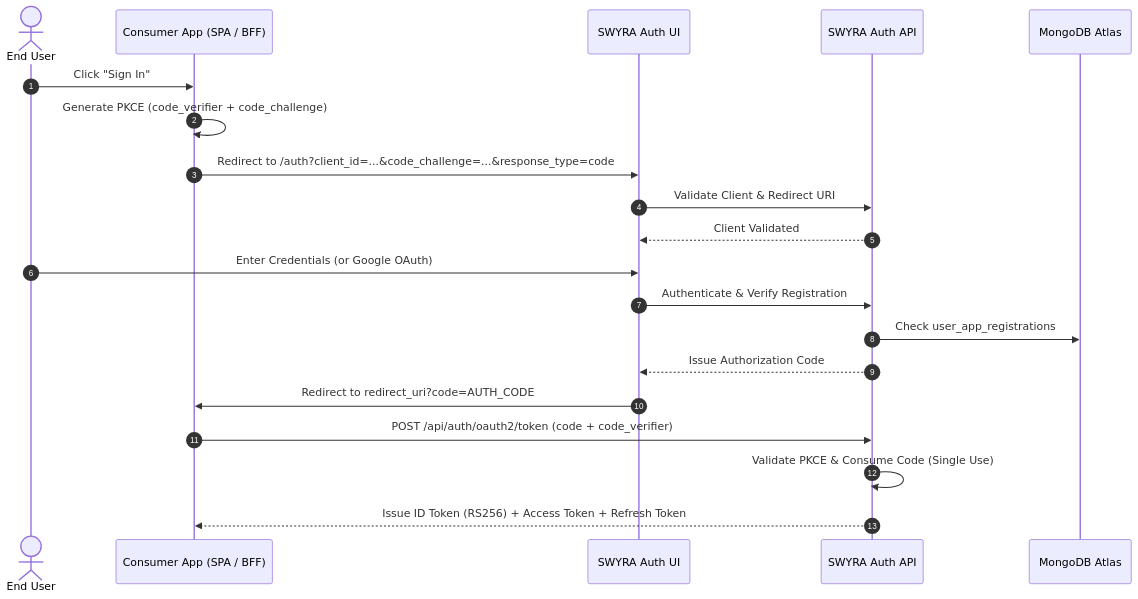
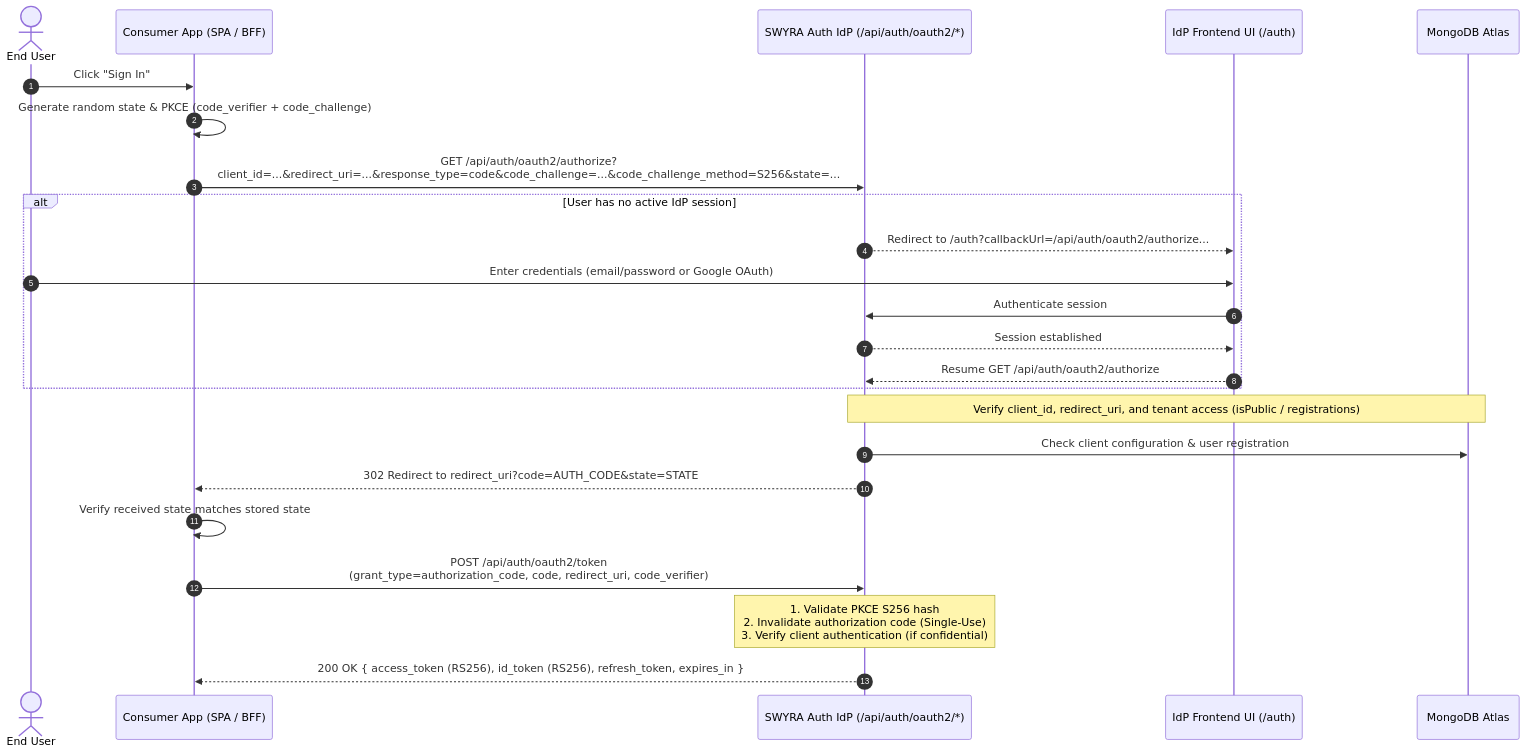
One commit to SGOD-pro/OAuth2.1 changed the second of 3 diagrams in docs/ARCHITECTURE.md. Above: the diagram before and after it, drawn with Mermaid. The commit also changed other lines of this file and 13 other files, not shown here.

````diff
--- a/docs/ARCHITECTURE.md
+++ b/docs/ARCHITECTURE.md
@@ -66,23 +82,30 @@
 ```mermaid
 sequenceDiagram
     autonumber
     actor User as End User
     participant Client as Consumer App (SPA / BFF)
-    participant AuthUI as SWYRA Auth UI
-    participant Server as SWYRA Auth API
+    participant Server as SWYRA Auth IdP (/api/auth/oauth2/*)
+    participant UI as IdP Frontend UI (/auth)
     participant DB as MongoDB Atlas
 
     User->>Client: Click "Sign In"
-    Client->>Client: Generate PKCE (code_verifier + code_challenge)
-    Client->>AuthUI: Redirect to /auth?client_id=...&code_challenge=...&response_type=code
-    AuthUI->>Server: Validate Client & Redirect URI
-    Server-->>AuthUI: Client Validated
-    User->>AuthUI: Enter Credentials (or Google OAuth)
-    AuthUI->>Server: Authenticate & Verify Registration
-    Server->>DB: Check user_app_registrations
-    Server-->>AuthUI: Issue Authorization Code
-    AuthUI->>Client: Redirect to redirect_uri?code=AUTH_CODE
-    Client->>Server: POST /api/auth/oauth2/token (code + code_verifier)
-    Server->>Server: Validate PKCE & Consume Code (Single Use)
-    Server-->>Client: Issue ID Token (RS256) + Access Token + Refresh Token
+    Client->>Client: Generate random state & PKCE (code_verifier + code_challenge)
+    Client->>Server: GET /api/auth/oauth2/authorize?<br/>client_id=...&redirect_uri=...&response_type=code&code_challenge=...&code_challenge_method=S256&state=...
+    
+    alt User has no active IdP session
+        Server-->>UI: Redirect to /auth?callbackUrl=/api/auth/oauth2/authorize...
+        User->>UI: Enter credentials (email/password or Google OAuth)
+        UI->>Server: Authenticate session
+        Server-->>UI: Session established
+        UI-->>Server: Resume GET /api/auth/oauth2/authorize
+    end
+
+    Note over Server,DB: Verify client_id, redirect_uri, and tenant access (isPublic / registrations)
+    Server->>DB: Check client configuration & user registration
+    Server-->>Client: 302 Redirect to redirect_uri?code=AUTH_CODE&state=STATE
+
+    Client->>Client: Verify received state matches stored state
+    Client->>Server: POST /api/auth/oauth2/token<br/>(grant_type=authorization_code, code, redirect_uri, code_verifier)
+    Note over Server: 1. Validate PKCE S256 hash<br/>2. Invalidate authorization code (Single-Use)<br/>3. Verify client authentication (if confidential)
+    Server-->>Client: 200 OK { access_token (RS256), id_token (RS256), refresh_token, expires_in }
 ```
````
